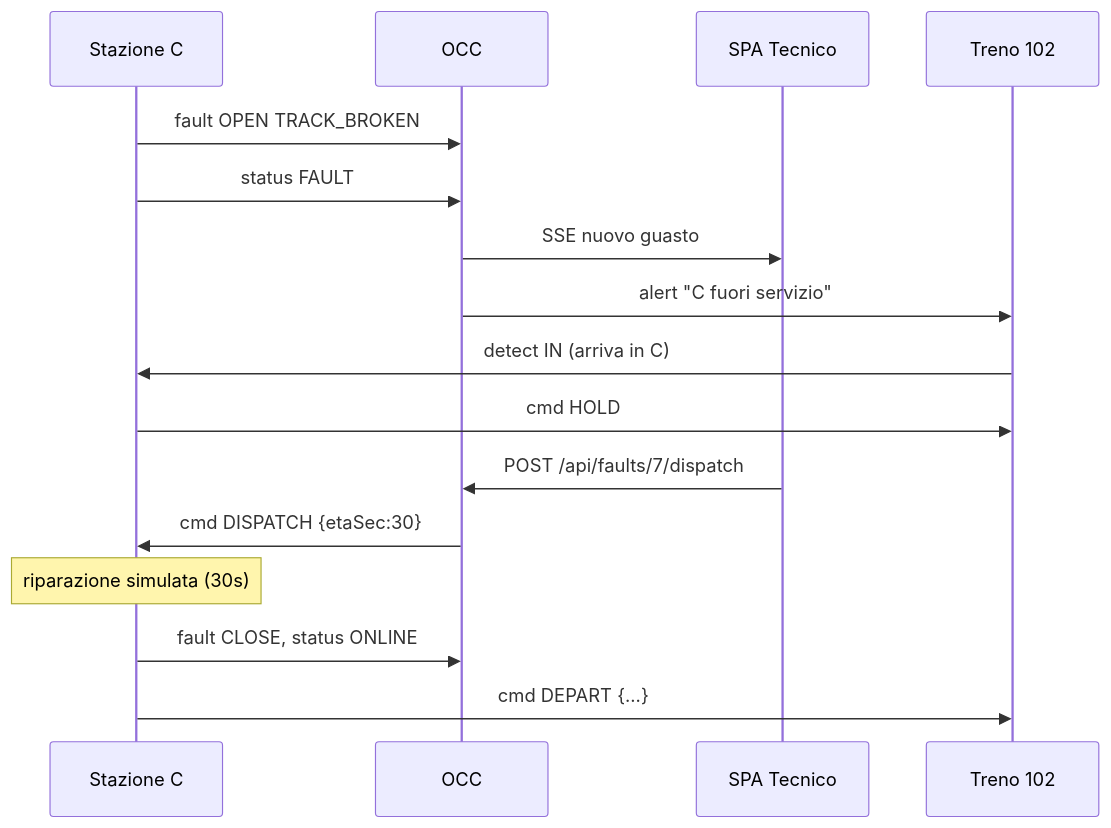
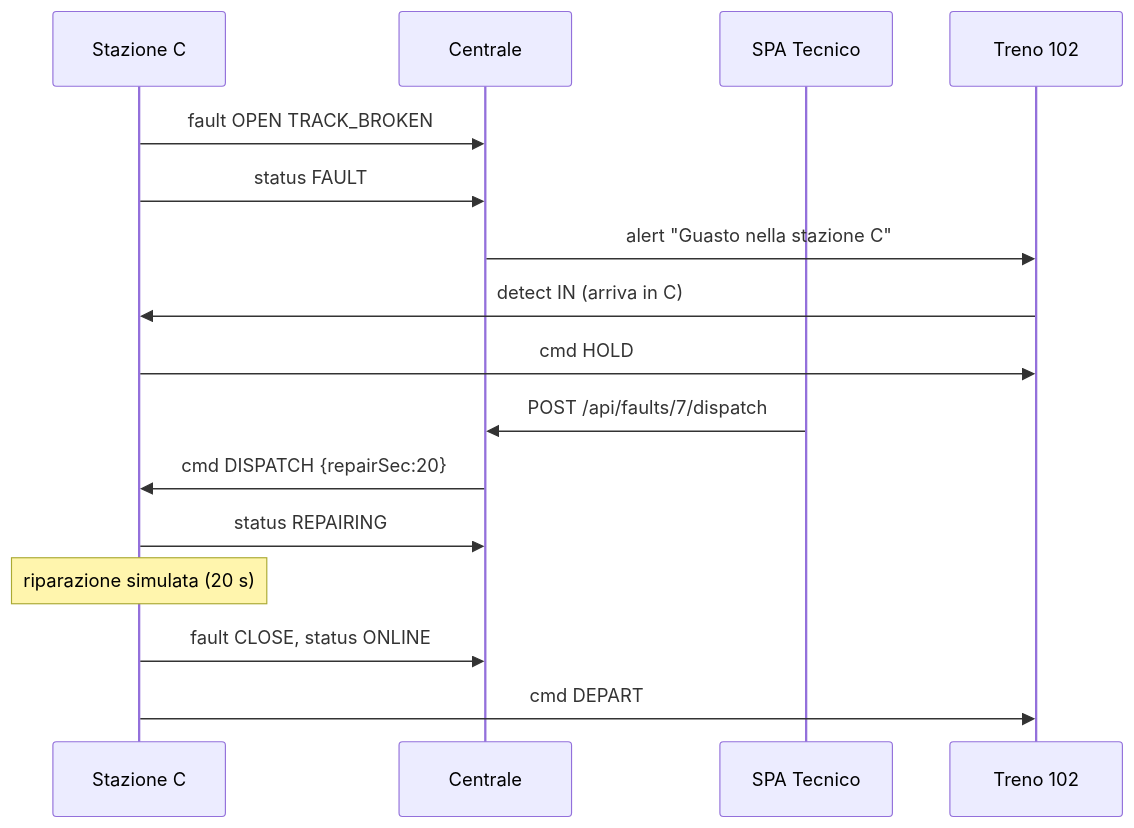
One commit to lucateofilo/PissirShared changed the sixth of 7 diagrams in docs/architettura.md. Above: the diagram before and after it, drawn with Mermaid. The commit also changed other lines of this file and 2 other files, not shown here.

````diff
--- a/docs/architettura.md
+++ b/docs/architettura.md
@@ -373,18 +380,18 @@
 ```mermaid
 sequenceDiagram
   participant S as Stazione C
-  participant O as OCC
+  participant O as Centrale
   participant W as SPA Tecnico
   participant T as Treno 102
   S->>O: fault OPEN TRACK_BROKEN
   S->>O: status FAULT
-  O->>W: SSE nuovo guasto
-  O->>T: alert "C fuori servizio"
+  O->>T: alert "Guasto nella stazione C"
   T->>S: detect IN (arriva in C)
   S->>T: cmd HOLD
   W->>O: POST /api/faults/7/dispatch
-  O->>S: cmd DISPATCH {etaSec:30}
-  Note over S: riparazione simulata (30s)
+  O->>S: cmd DISPATCH {repairSec:20}
+  S->>O: status REPAIRING
+  Note over S: riparazione simulata (20 s)
   S->>O: fault CLOSE, status ONLINE
-  S->>T: cmd DEPART {...}
+  S->>T: cmd DEPART
 ```
````
